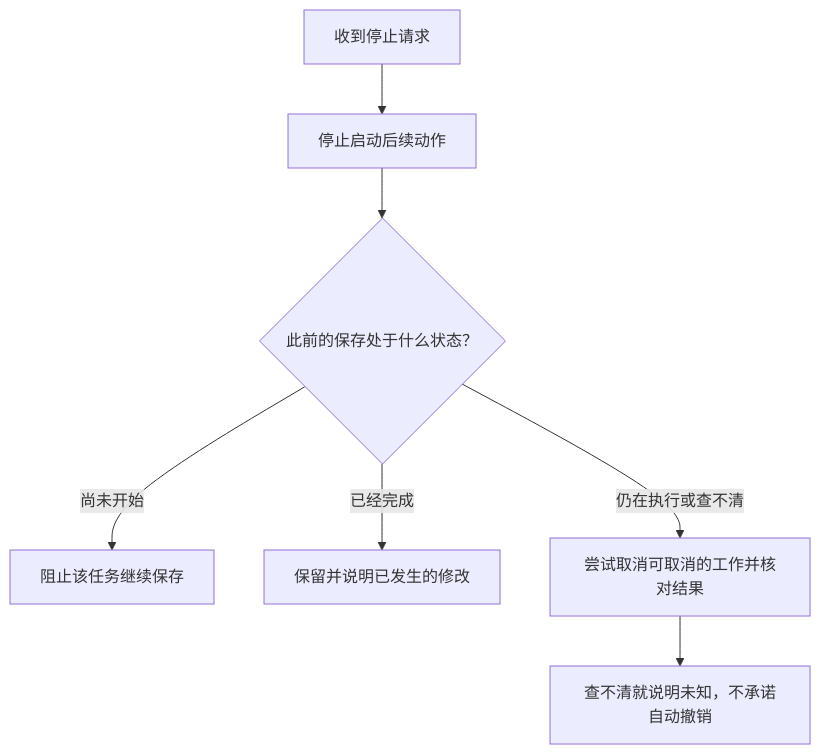
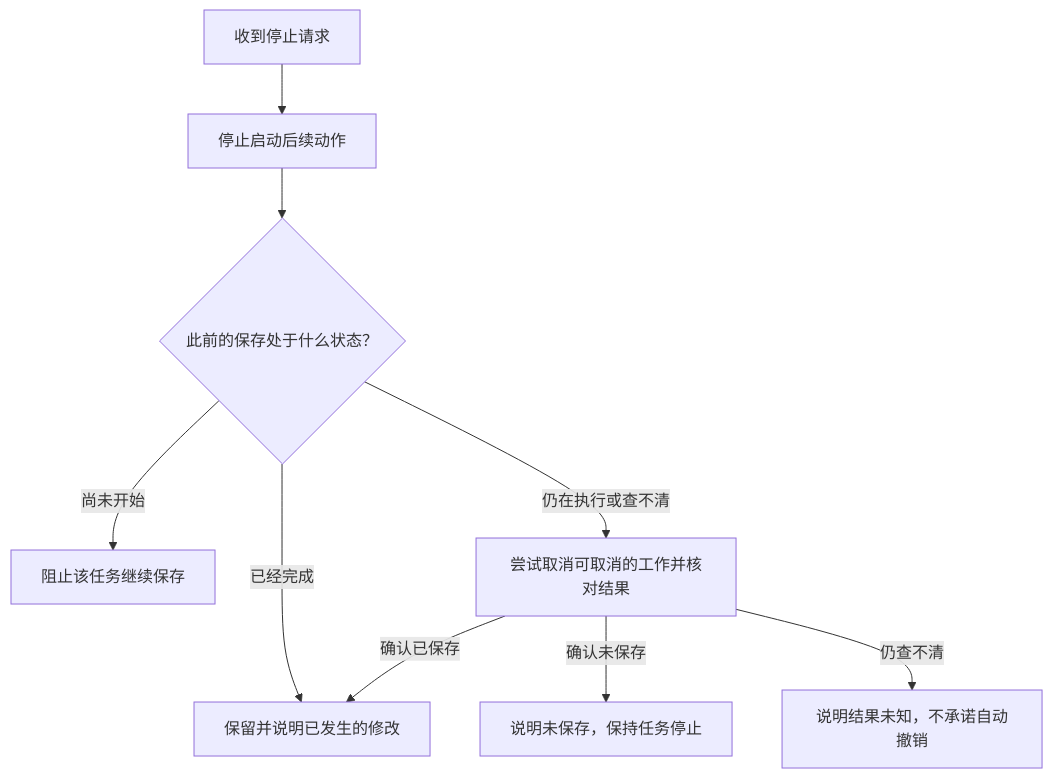
The diagram in docs/learn/13-what-stop-really-means.md (offercontext/offerPilot), drawn with Mermaid before and after one commit. The commit also changed other lines of this file and 16 other files, not shown here.

Commit message:
docs: 校对全部章节并修正图文说明

````diff
--- a/docs/learn/13-what-stop-really-means.md
+++ b/docs/learn/13-what-stop-really-means.md
@@ -57,9 +57,11 @@
 ```mermaid
 flowchart TD
     stop["收到停止请求"] --> halt["停止启动后续动作"]
     halt --> state{"此前的保存处于什么状态？"}
     state -->|"尚未开始"| prevent["阻止该任务继续保存"]
     state -->|"已经完成"| preserve["保留并说明已发生的修改"]
     state -->|"仍在执行或查不清"| reconcile["尝试取消可取消的工作并核对结果"]
-    reconcile --> unknown["查不清就说明未知，不承诺自动撤销"]
+    reconcile -->|"确认已保存"| preserve
+    reconcile -->|"确认未保存"| unsaved["说明未保存，保持任务停止"]
+    reconcile -->|"仍查不清"| unknown["说明结果未知，不承诺自动撤销"]
 ```
````
